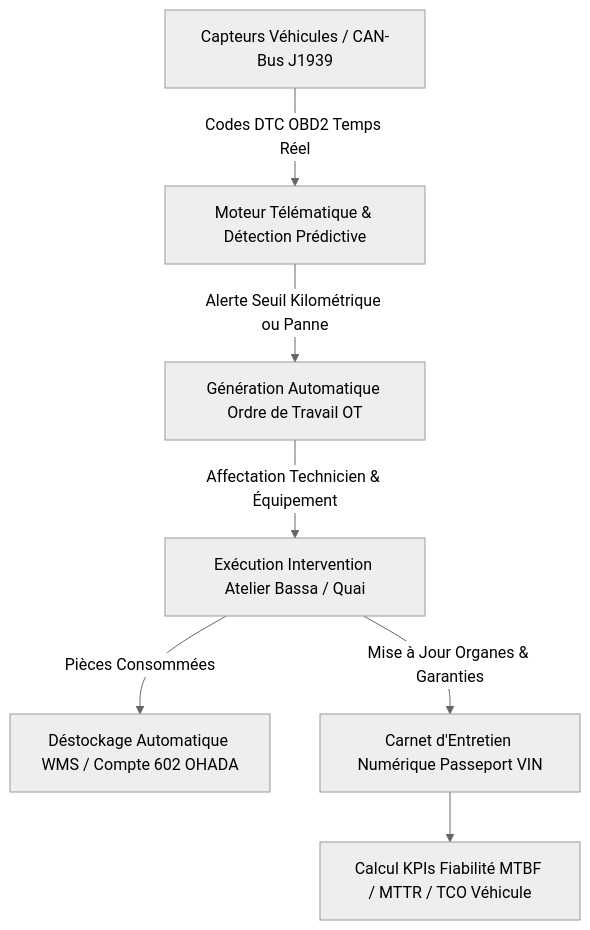
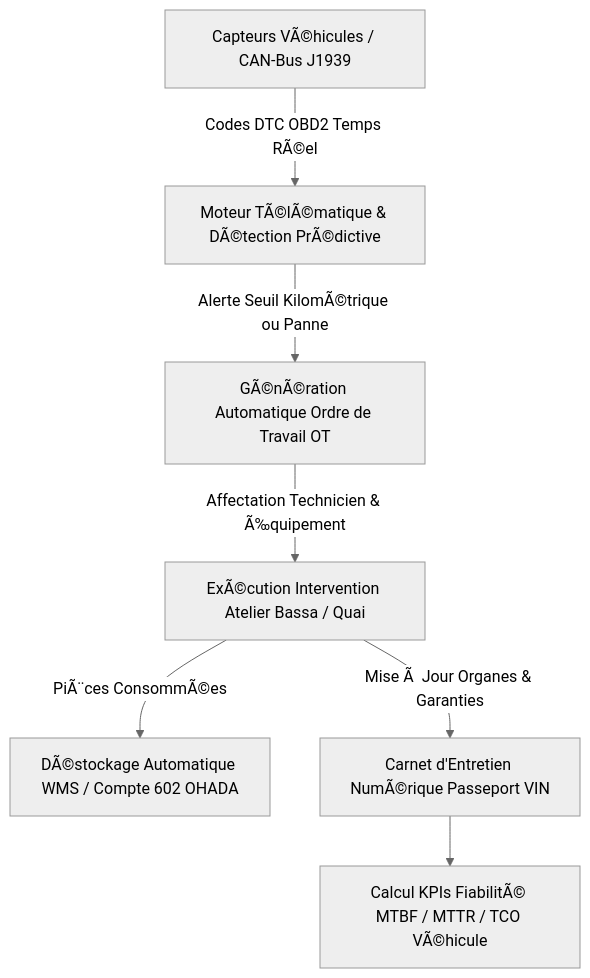
One commit to elevationchic-ux/evo-log-pro changed the diagram in RAPORT_EXPERTISE_MAINTENANCE.md. Above: the diagram before and after it, drawn with Mermaid (neutral theme). The commit also changed other lines of this file and 27 other files, not shown here.

````diff
--- a/RAPORT_EXPERTISE_MAINTENANCE.md
+++ b/RAPORT_EXPERTISE_MAINTENANCE.md
@@ -63,9 +63,9 @@
 ```mermaid
 graph TD
-    A[Capteurs Véhicules / CAN-Bus J1939] -->|Codes DTC OBD2 Temps Réel| B[Moteur Télématique & Détection Prédictive]
-    B -->|Alerte Seuil Kilométrique ou Panne| C[Génération Automatique Ordre de Travail OT]
-    C -->|Affectation Technicien & Équipement| D[Exécution Intervention Atelier Bassa / Quai]
-    D -->|Pièces Consommées| E[Déstockage Automatique WMS / Compte 602 OHADA]
-    D -->|Mise à Jour Organes & Garanties| F[Carnet d'Entretien Numérique Passeport VIN]
-    F --> G[Calcul KPIs Fiabilité MTBF / MTTR / TCO Véhicule]
+    A[Capteurs VÃ©hicules / CAN-Bus J1939] -->|Codes DTC OBD2 Temps RÃ©el| B[Moteur TÃ©lÃ©matique & DÃ©tection PrÃ©dictive]
+    B -->|Alerte Seuil KilomÃ©trique ou Panne| C[GÃ©nÃ©ration Automatique Ordre de Travail OT]
+    C -->|Affectation Technicien & Ã‰quipement| D[ExÃ©cution Intervention Atelier Bassa / Quai]
+    D -->|PiÃ¨ces ConsommÃ©es| E[DÃ©stockage Automatique WMS / Compte 602 OHADA]
+    D -->|Mise Ã  Jour Organes & Garanties| F[Carnet d'Entretien NumÃ©rique Passeport VIN]
+    F --> G[Calcul KPIs FiabilitÃ© MTBF / MTTR / TCO VÃ©hicule]
 ```
````
